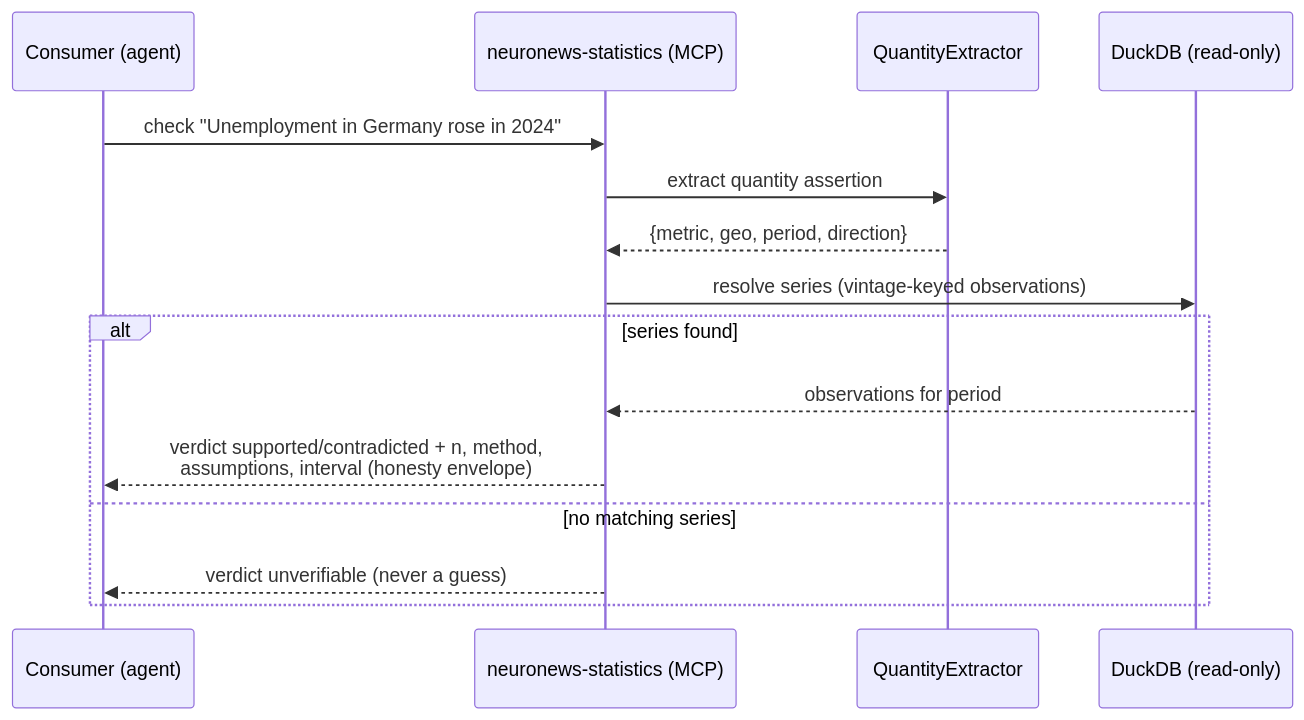
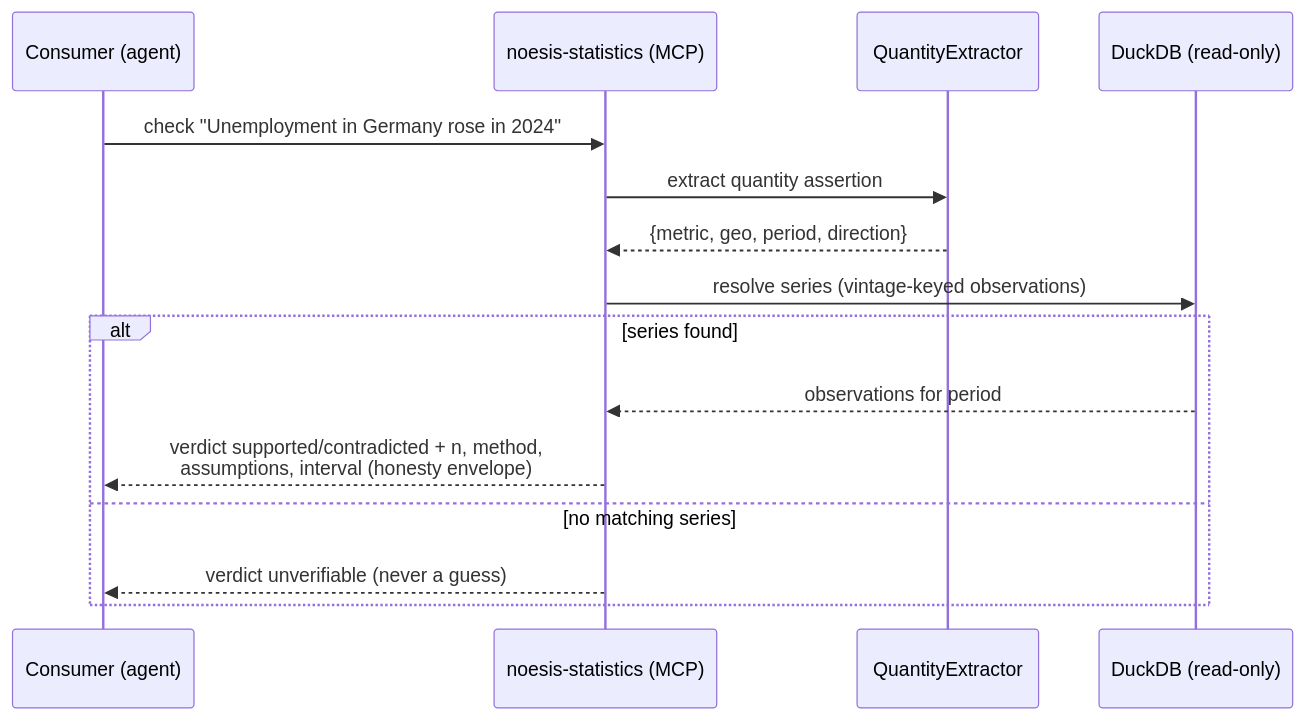
One commit to Ikey168/Noesis changed the fourth of 4 diagrams in docs/architecture/overview.md. Above: the diagram before and after it, drawn with Mermaid. The commit also changed 64 other files, not shown here.

````diff
--- a/docs/architecture/overview.md
+++ b/docs/architecture/overview.md
@@ -137,18 +137,18 @@
 ```mermaid
 sequenceDiagram
     participant C as Consumer (agent)
-    participant M as neuronews-statistics (MCP)
+    participant M as noesis-statistics (MCP)
     participant X as QuantityExtractor
     participant W as DuckDB (read-only)
 
     C->>M: check "Unemployment in Germany rose in 2024"
     M->>X: extract quantity assertion
     X-->>M: {metric, geo, period, direction}
     M->>W: resolve series (vintage-keyed observations)
     alt series found
         W-->>M: observations for period
         M-->>C: verdict supported/contradicted + n, method,<br/>assumptions, interval (honesty envelope)
     else no matching series
         M-->>C: verdict unverifiable (never a guess)
     end
 ```
````
